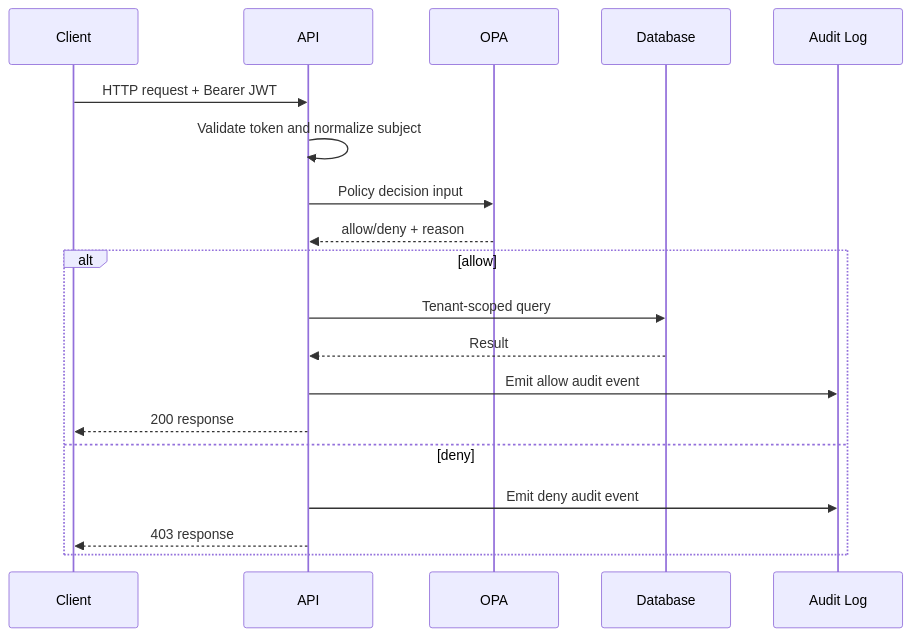
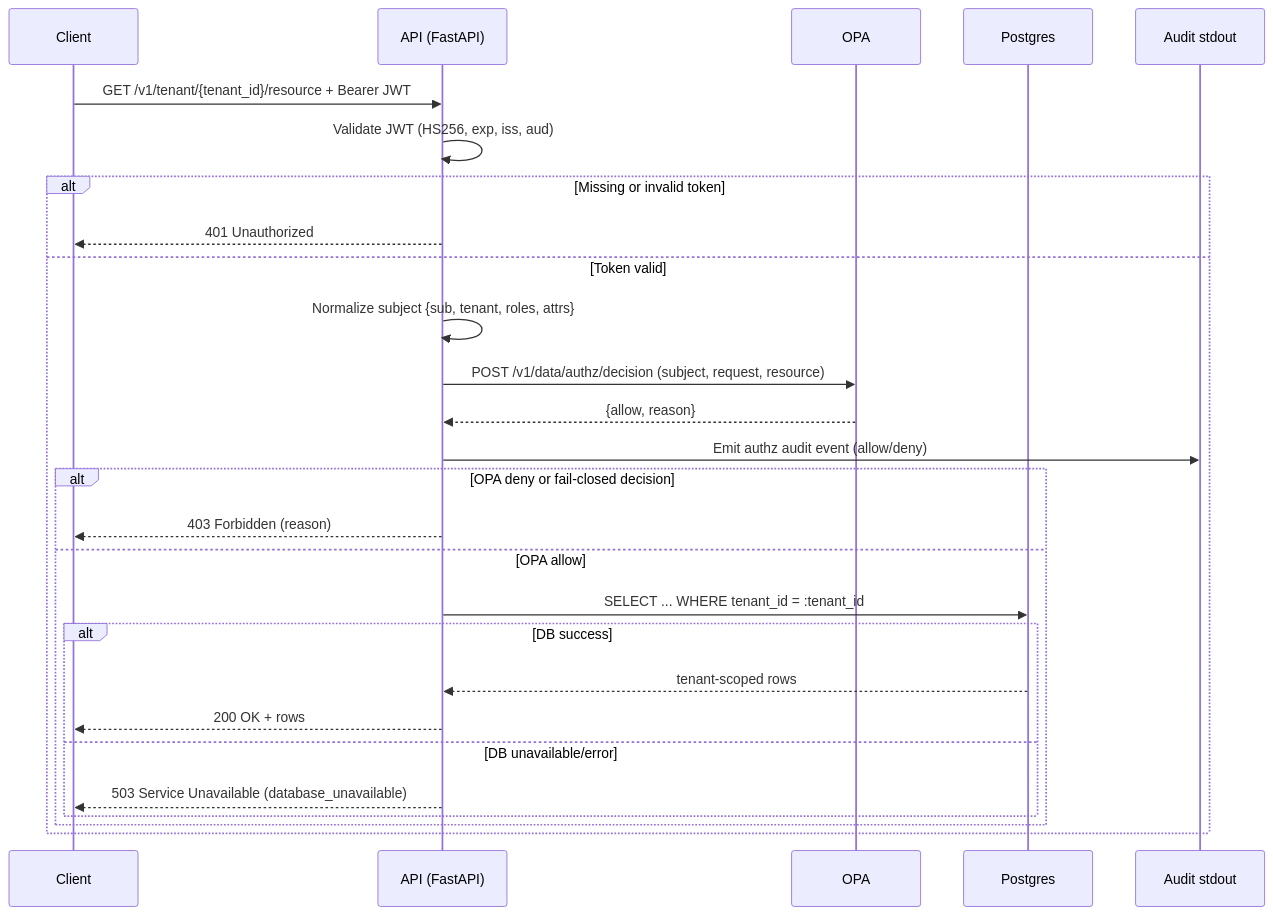
One commit to aelasmar01/zero-trust-api-starter changed the diagram in docs/sequence-diagram.mmd. Above: the diagram before and after it, drawn with Mermaid. The commit also changed 1 other file, not shown here.

Commit message:
docs: refine threat model and sequence diagram for implemented flow

```diff
--- a/docs/sequence-diagram.mmd
+++ b/docs/sequence-diagram.mmd
@@ -1,21 +1,30 @@
 sequenceDiagram
     participant C as Client
-    participant A as API
-    participant P as OPA
-    participant D as Database
-    participant L as Audit Log
+    participant A as API (FastAPI)
+    participant O as OPA
+    participant D as Postgres
+    participant L as Audit stdout
 
-    C->>A: HTTP request + Bearer JWT
-    A->>A: Validate token and normalize subject
-    A->>P: Policy decision input
-    P-->>A: allow/deny + reason
+    C->>A: GET /v1/tenant/{tenant_id}/resource + Bearer JWT
+    A->>A: Validate JWT (HS256, exp, iss, aud)
 
-    alt allow
-        A->>D: Tenant-scoped query
-        D-->>A: Result
-        A->>L: Emit allow audit event
-        A-->>C: 200 response
-    else deny
-        A->>L: Emit deny audit event
-        A-->>C: 403 response
+    alt Missing or invalid token
+        A-->>C: 401 Unauthorized
+    else Token valid
+        A->>A: Normalize subject {sub, tenant, roles, attrs}
+        A->>O: POST /v1/data/authz/decision (subject, request, resource)
+        O-->>A: {allow, reason}
+        A->>L: Emit authz audit event (allow/deny)
+
+        alt OPA deny or fail-closed decision
+            A-->>C: 403 Forbidden (reason)
+        else OPA allow
+            A->>D: SELECT ... WHERE tenant_id = :tenant_id
+            alt DB success
+                D-->>A: tenant-scoped rows
+                A-->>C: 200 OK + rows
+            else DB unavailable/error
+                A-->>C: 503 Service Unavailable (database_unavailable)
+            end
+        end
     end
```
